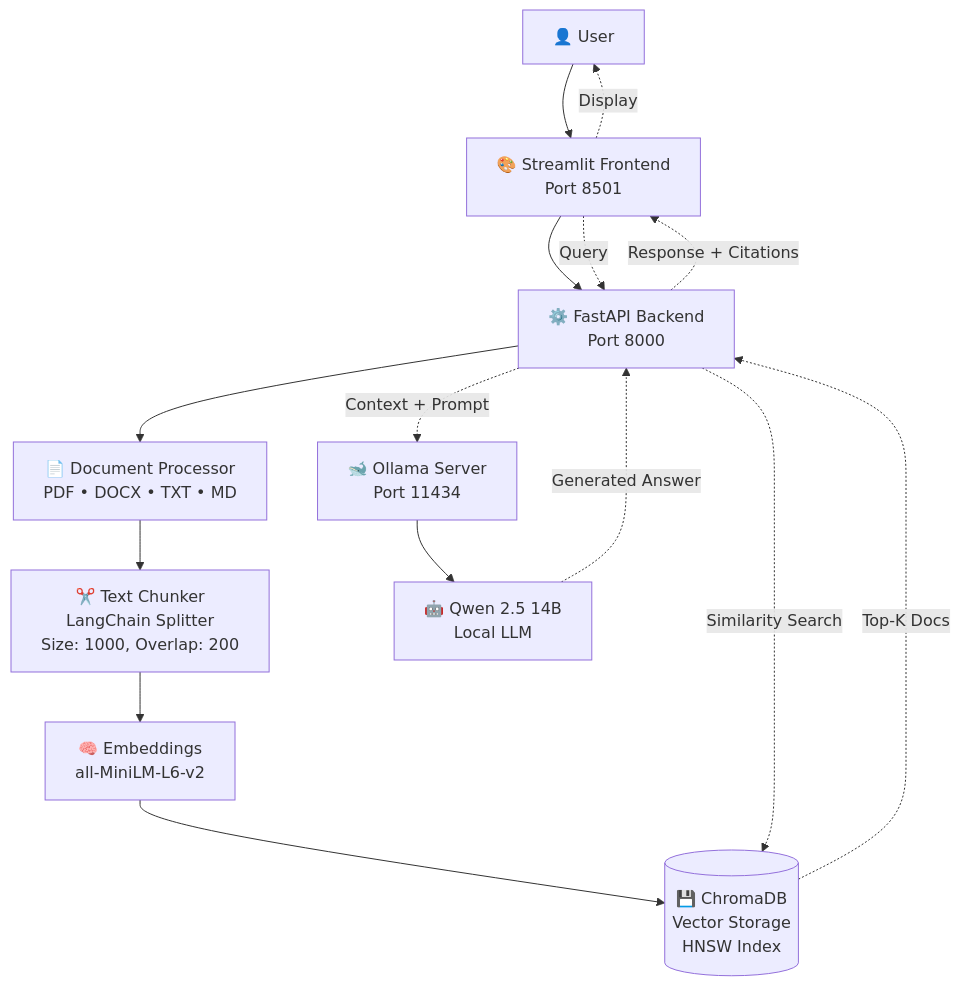
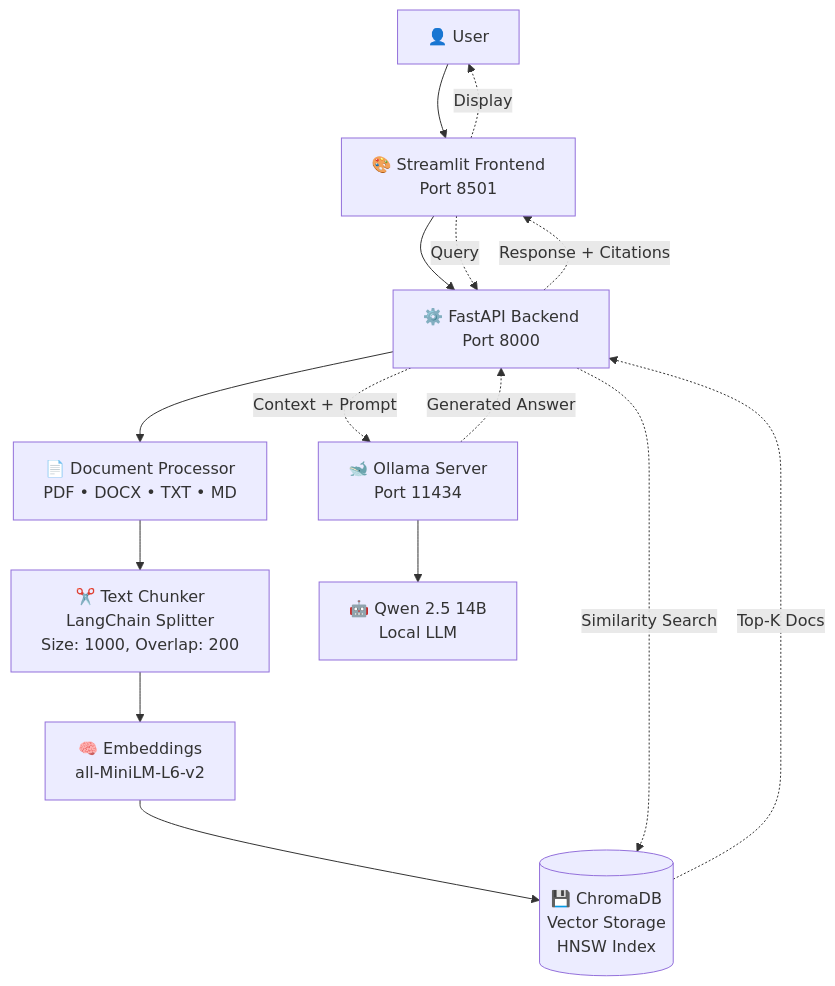
Before and after one commit to bambusoe02/rag-chatbot: the diagram in README.md, drawn with Mermaid.

Commit message:
Fix architecture diagram: response flows from Ollama, not Qwen directly

````diff
--- a/README.md
+++ b/README.md
@@ -30,19 +30,19 @@
 ```mermaid
 flowchart TB
     User[👤 User] --> Streamlit[🎨 Streamlit Frontend<br/>Port 8501]
     Streamlit --> FastAPI[⚙️ FastAPI Backend<br/>Port 8000]
     
     FastAPI --> DocProc[📄 Document Processor<br/>PDF • DOCX • TXT • MD]
     DocProc --> Chunker[✂️ Text Chunker<br/>LangChain Splitter<br/>Size: 1000, Overlap: 200]
     Chunker --> Embeddings[🧠 Embeddings<br/>all-MiniLM-L6-v2]
     Embeddings --> ChromaDB[(💾 ChromaDB<br/>Vector Storage<br/>HNSW Index)]
     
     Streamlit -.->|Query| FastAPI
     FastAPI -.->|Similarity Search| ChromaDB
     ChromaDB -.->|Top-K Docs| FastAPI
     FastAPI -.->|Context + Prompt| Ollama[🐋 Ollama Server<br/>Port 11434]
     Ollama --> Qwen[🤖 Qwen 2.5 14B<br/>Local LLM]
-    Qwen -.->|Generated Answer| FastAPI
+    Ollama -.->|Generated Answer| FastAPI
     FastAPI -.->|Response + Citations| Streamlit
     Streamlit -.->|Display| User
 ```
````
